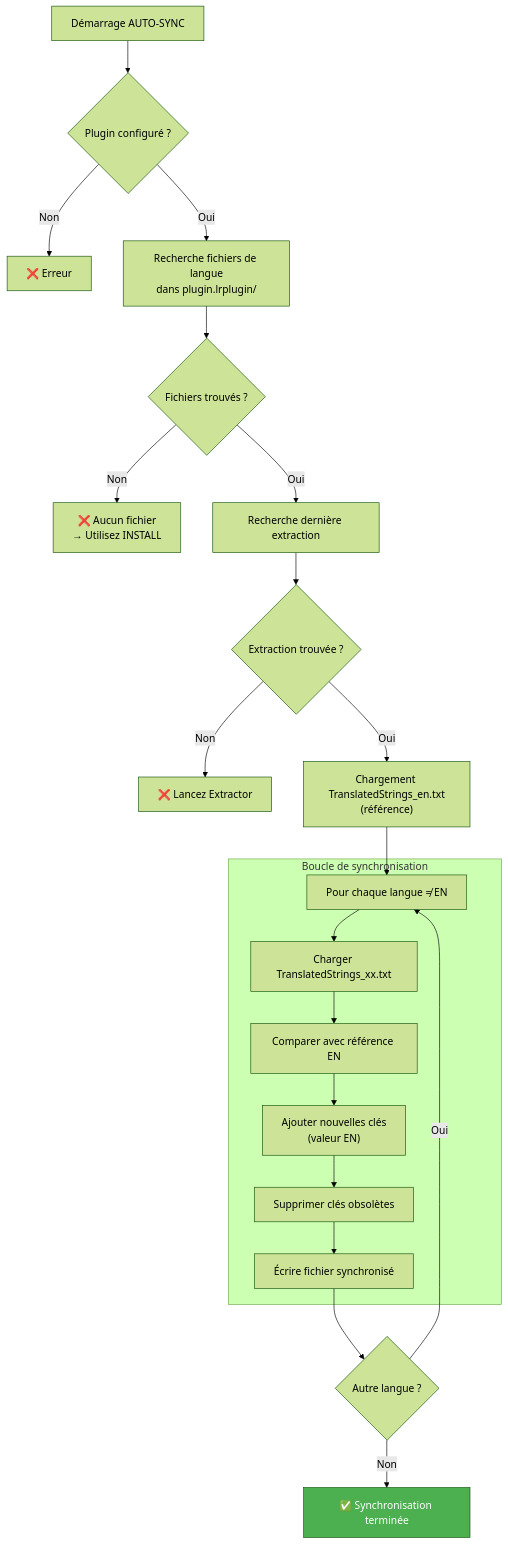
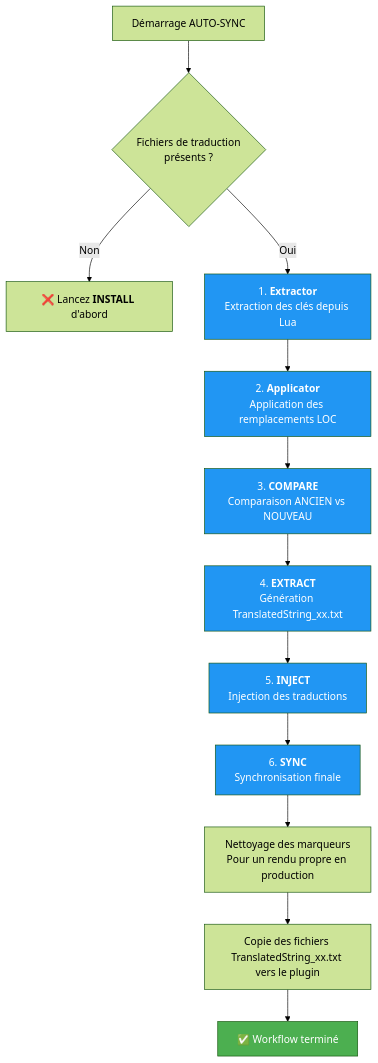
Before and after one commit to Gotcha26/Adobe_Lightroom_Translation_Plugins_Kit: the second of 2 diagrams in tools/translator/__doc__/fr/commandes/AUTOSYNC.md, drawn with Mermaid (forest theme). The commit also changed other lines of this file and 12 other files, not shown here.

Commit message:
fix: AUTO-SYNC / SYNC and lot of things.

````diff
--- a/tools/translator/__doc__/fr/commandes/AUTOSYNC.md
+++ b/tools/translator/__doc__/fr/commandes/AUTOSYNC.md
@@ -54,30 +69,24 @@
 ```mermaid
 flowchart TD
-    A["Démarrage AUTO-SYNC"] --> B{"Plugin configuré ?"}
-    B -->|Non| ERR1["❌ Erreur"]
-    B -->|Oui| C["Recherche fichiers de langue<br/>dans plugin.lrplugin/"]
+    A["Démarrage AUTO-SYNC"] --> B{"Fichiers de traduction<br/>présents ?"}
+    B -->|Non| ERR["❌ Lancez <b>INSTALL</b> d'abord"]
+    B -->|Oui| C["1. <b>Extractor</b><br/>Extraction des clés depuis Lua"]
 
-    C --> D{"Fichiers trouvés ?"}
-    D -->|Non| ERR2["❌ Aucun fichier<br/>→ Utilisez INSTALL"]
-    D -->|Oui| E["Recherche dernière extraction"]
+    C --> D["2. <b>Applicator</b><br/>Application des remplacements LOC"]
+    D --> E["3. <b>COMPARE</b><br/>Comparaison ANCIEN vs NOUVEAU"]
+    E --> F["4. <b>EXTRACT</b><br/>Génération TranslatedString_xx.txt"]
+    F --> G["5. <b>INJECT</b><br/>Injection des traductions"]
+    G --> H["6. <b>SYNC</b><br/>Synchronisation finale"]
 
-    E --> F{"Extraction trouvée ?"}
-    F -->|Non| ERR3["❌ Lancez Extractor"]
-    F -->|Oui| G["Chargement TranslatedStrings_en.txt<br/>(référence)"]
+    H --> I["Nettoyage des marqueurs<br/>Pour un rendu propre en production"]
+    I --> J["Copie des fichiers TranslatedString_xx.txt vers le plugin"]
+    J --> K["✅ Workflow terminé"]
 
-    G --> H["Pour chaque langue ≠ EN"]
-
-    subgraph Loop["Boucle de synchronisation"]
-        H --> I["Charger TranslatedStrings_xx.txt"]
-        I --> J["Comparer avec référence EN"]
-        J --> K["Ajouter nouvelles clés<br/>(valeur EN)"]
-        K --> L["Supprimer clés obsolètes"]
-        L --> M["Écrire fichier synchronisé"]
-    end
-
-    M --> N{"Autre langue ?"}
-    N -->|Oui| H
-    N -->|Non| O["✅ Synchronisation terminée"]
-
-    style O fill:#4CAF50,color:#fff
+    style C fill:#2196F3,color:#fff
+    style D fill:#2196F3,color:#fff
+    style E fill:#2196F3,color:#fff
+    style F fill:#2196F3,color:#fff
+    style G fill:#2196F3,color:#fff
+    style H fill:#2196F3,color:#fff
+    style K fill:#4CAF50,color:#fff
 ```
````
